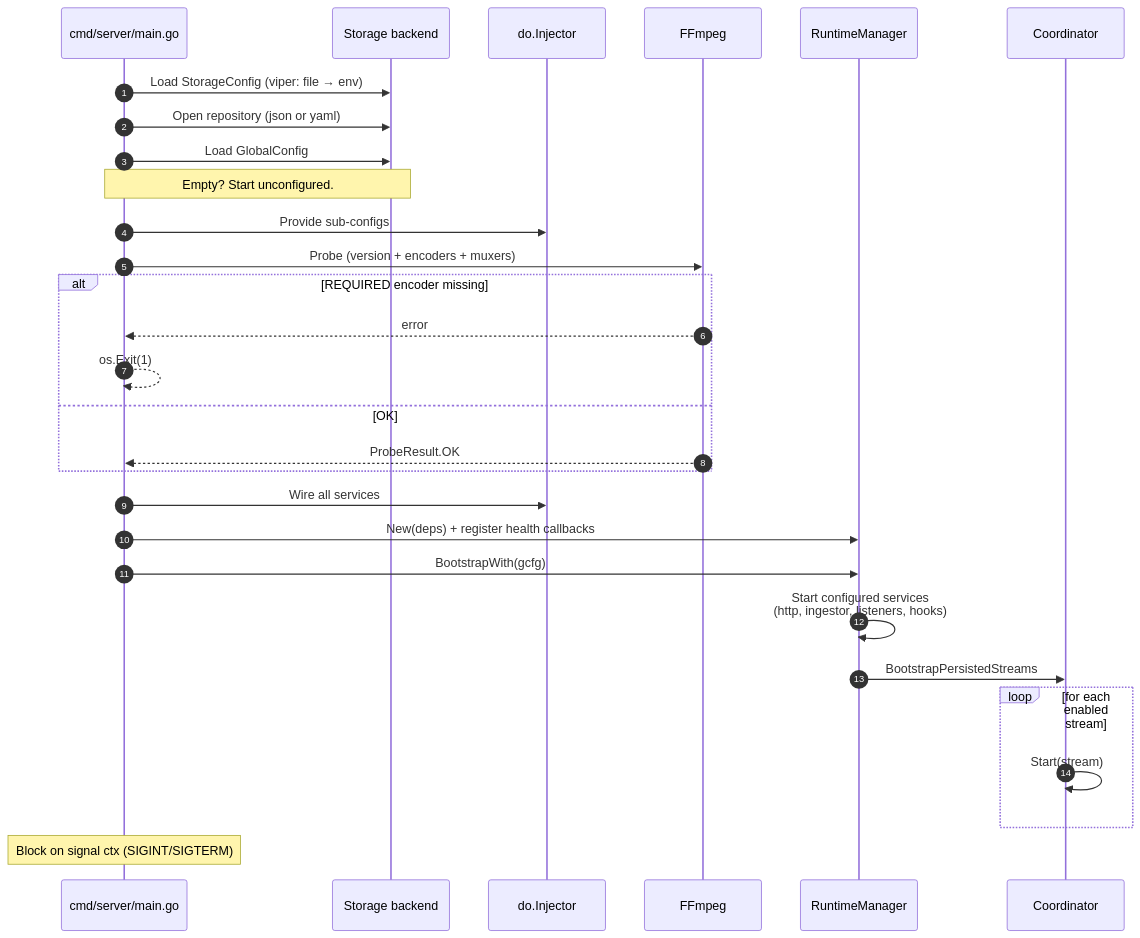
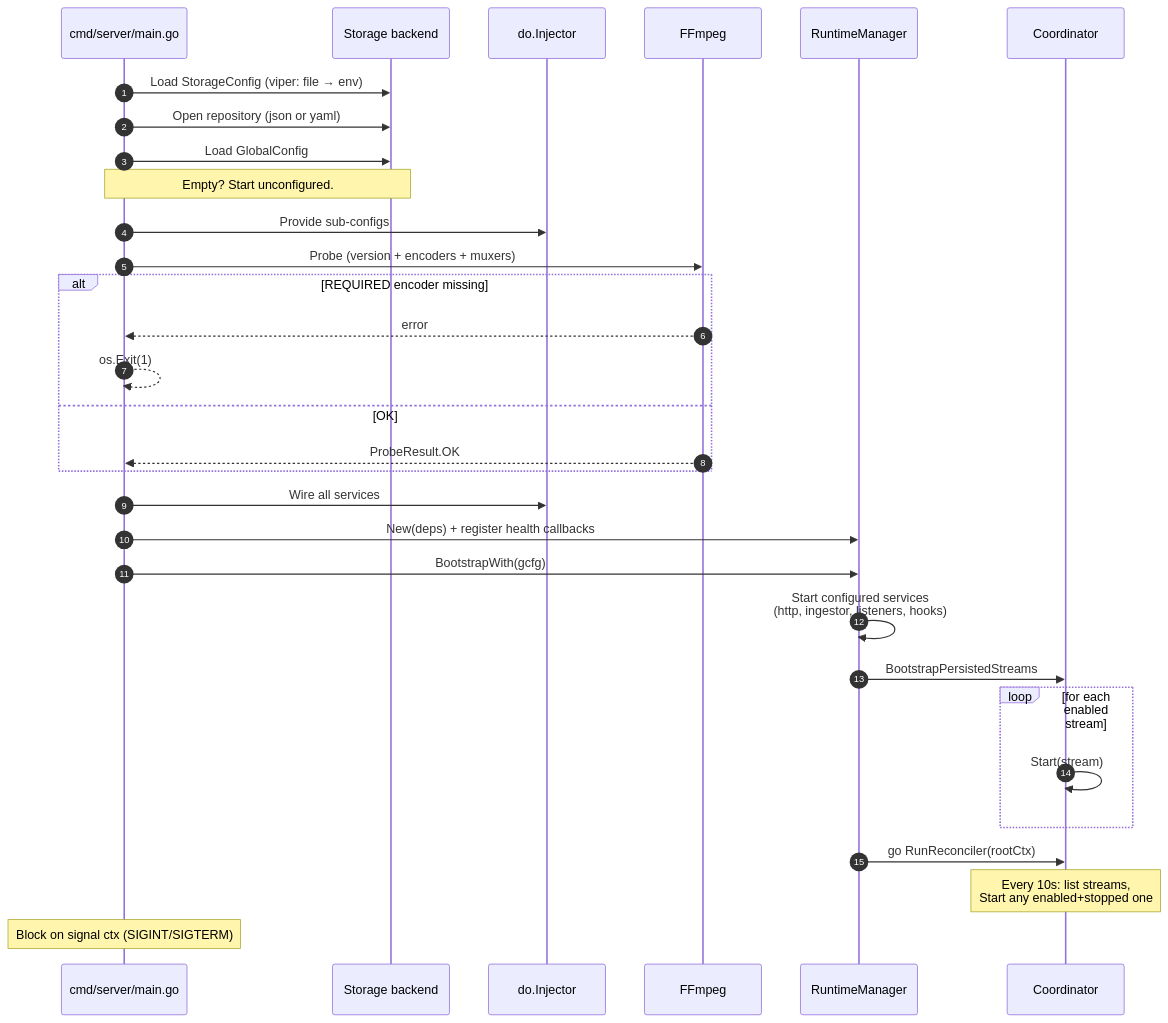
The first of 10 diagrams in docs/APP_FLOW.md (ntthuan060102github/Open-Streamer), drawn with Mermaid before and after one commit. The commit also changed other lines of this file and 5 other files, not shown here.

````diff
--- a/docs/APP_FLOW.md
+++ b/docs/APP_FLOW.md
@@ -12,32 +12,34 @@
 ```mermaid
 sequenceDiagram
     autonumber
     participant Main as cmd/server/main.go
     participant Store as Storage backend
     participant DI as do.Injector
     participant FFmpeg
     participant RTM as RuntimeManager
     participant Coord as Coordinator
 
     Main->>Store: Load StorageConfig (viper: file → env)
     Main->>Store: Open repository (json or yaml)
     Main->>Store: Load GlobalConfig
     Note over Main,Store: Empty? Start unconfigured.
     Main->>DI: Provide sub-configs
     Main->>FFmpeg: Probe (version + encoders + muxers)
     alt REQUIRED encoder missing
         FFmpeg-->>Main: error
         Main-->>Main: os.Exit(1)
     else OK
         FFmpeg-->>Main: ProbeResult.OK
     end
     Main->>DI: Wire all services
     Main->>RTM: New(deps) + register health callbacks
     Main->>RTM: BootstrapWith(gcfg)
     RTM->>RTM: Start configured services<br/>(http, ingestor, listeners, hooks)
     RTM->>Coord: BootstrapPersistedStreams
     loop for each enabled stream
         Coord->>Coord: Start(stream)
     end
+    RTM->>Coord: go RunReconciler(rootCtx)
+    Note over Coord: Every 10s: list streams,<br/>Start any enabled+stopped one
     Note over Main: Block on signal ctx (SIGINT/SIGTERM)
 ```
````
